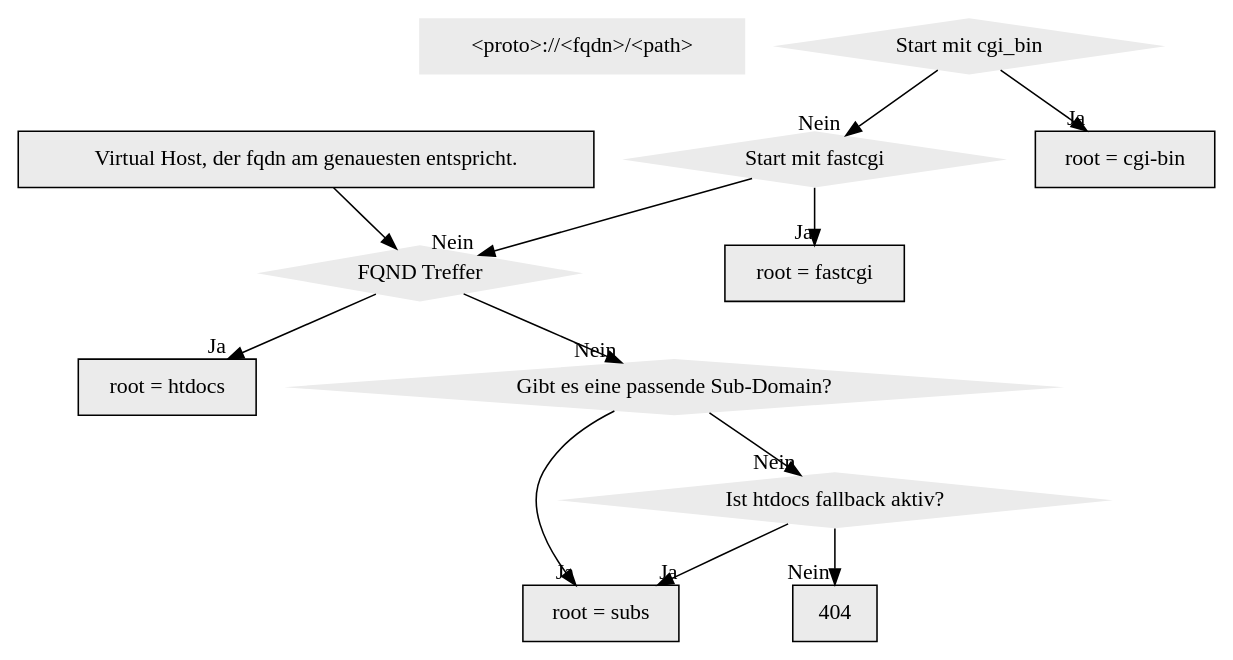
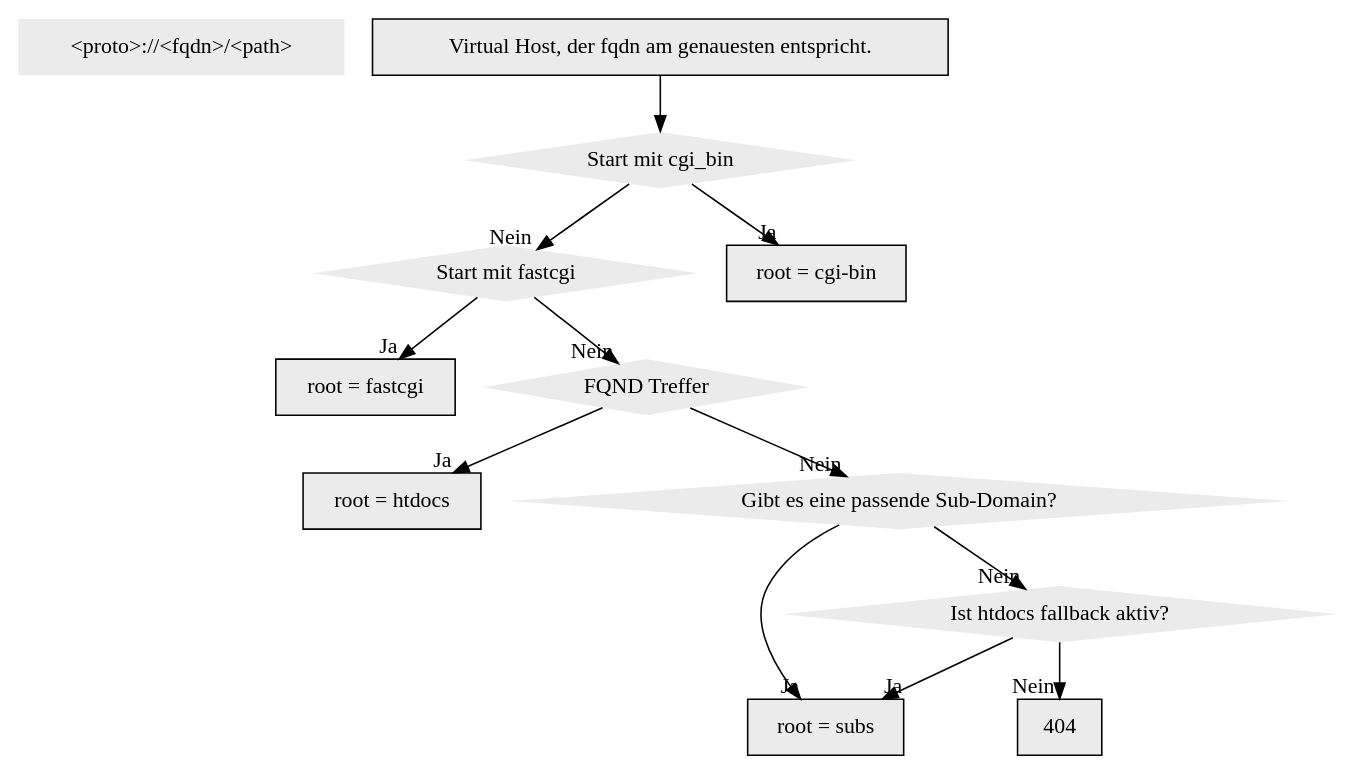
The diagram in source/administration/domain/filemap-ohne-ssl.dot (hostsharing/hs.docs.users), drawn with Graphviz before and after one commit.

Commit message:
-atest syntax

```diff
--- a/source/administration/domain/filemap-ohne-ssl.dot
+++ b/source/administration/domain/filemap-ohne-ssl.dot
@@ -1,30 +1,30 @@
 digraph d  { 
 	node [peripheries=0, style=filled, fillcolor="grey92", font=Helvetica, fontcolor=black]
 
 	enquire_information [shape=box, label="<proto>://<fqdn>/<path>" ]
 
 
     vh_check_fqdn [shape=record, label="Virtual Host, der fqdn am genauesten entspricht."]
 	path_cgi_bin [shape=diamond, label="Start mit cgi_bin"]
 	path_fastcgi [shape=diamond, label="Start mit fastcgi"]
 	root_cgi_bin [shape=record, label="root = cgi-bin"]
 	root_fastcgi [shape=record, label="root = fastcgi"]
 	fqdn_matches [shape=diamond, label="FQND Treffer"]
 	root_htdocs_ok [shape=record, label="root = htdocs"]
 	root_search_in_subs [shape=diamond, label="Gibt es eine passende Sub-Domain?"]
     root_subs_ok [shape=record, label="root = subs"]
 	htdocsfallback_subs [shape=diamond, label="Ist htdocs fallback aktiv?" ]
 	404 [shape=record, label="404"] 
         
-	vh_check_fqdn -> fqdn_matches
+	vh_check_fqdn -> path_cgi_bin 
 	path_cgi_bin -> root_cgi_bin [headlabel="Ja"]
     path_cgi_bin -> path_fastcgi [headlabel="Nein"]   
 	path_fastcgi -> root_fastcgi [headlabel="Ja"]
 	path_fastcgi -> fqdn_matches [headlabel="Nein"] 
 	fqdn_matches -> root_htdocs_ok [headlabel="Ja"]
 	fqdn_matches -> root_search_in_subs [headlabel="Nein"]
 	root_search_in_subs -> root_subs_ok [headlabel="Ja"]
 	root_search_in_subs -> htdocsfallback_subs [headlabel="Nein"]
 	htdocsfallback_subs -> root_subs_ok [headlabel="Ja"]
 	htdocsfallback_subs -> 404 [headlabel="Nein"]
 }
```
